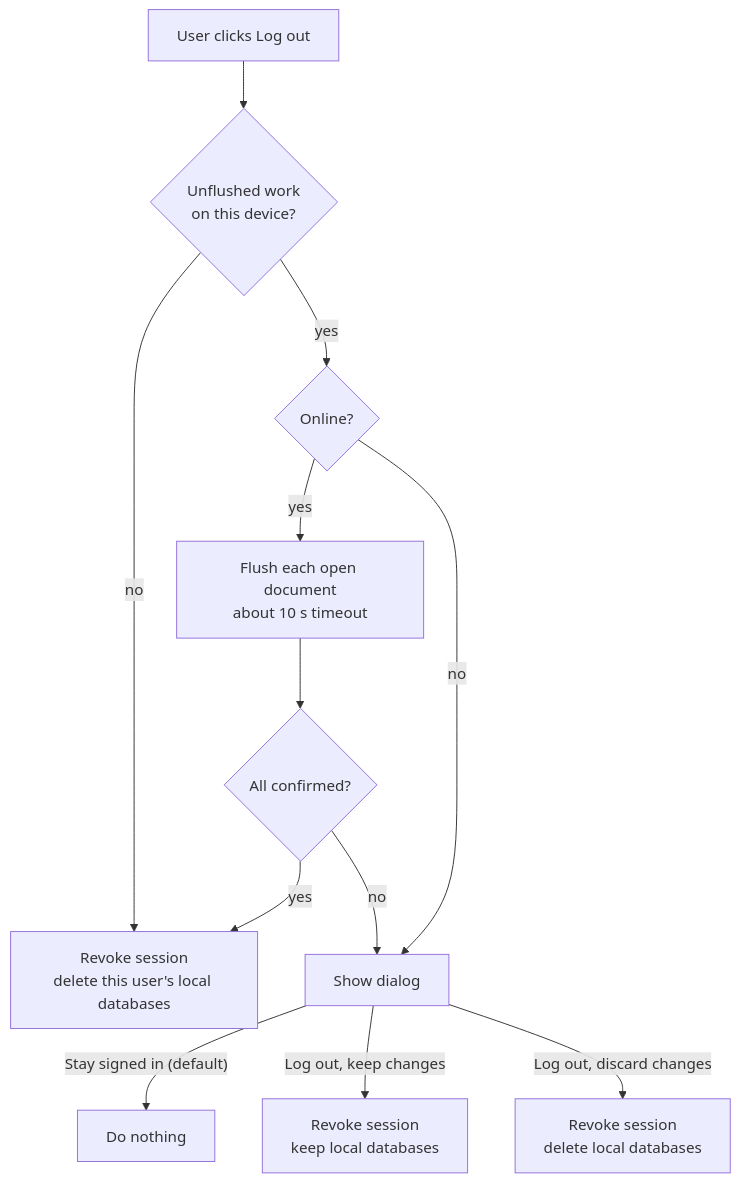
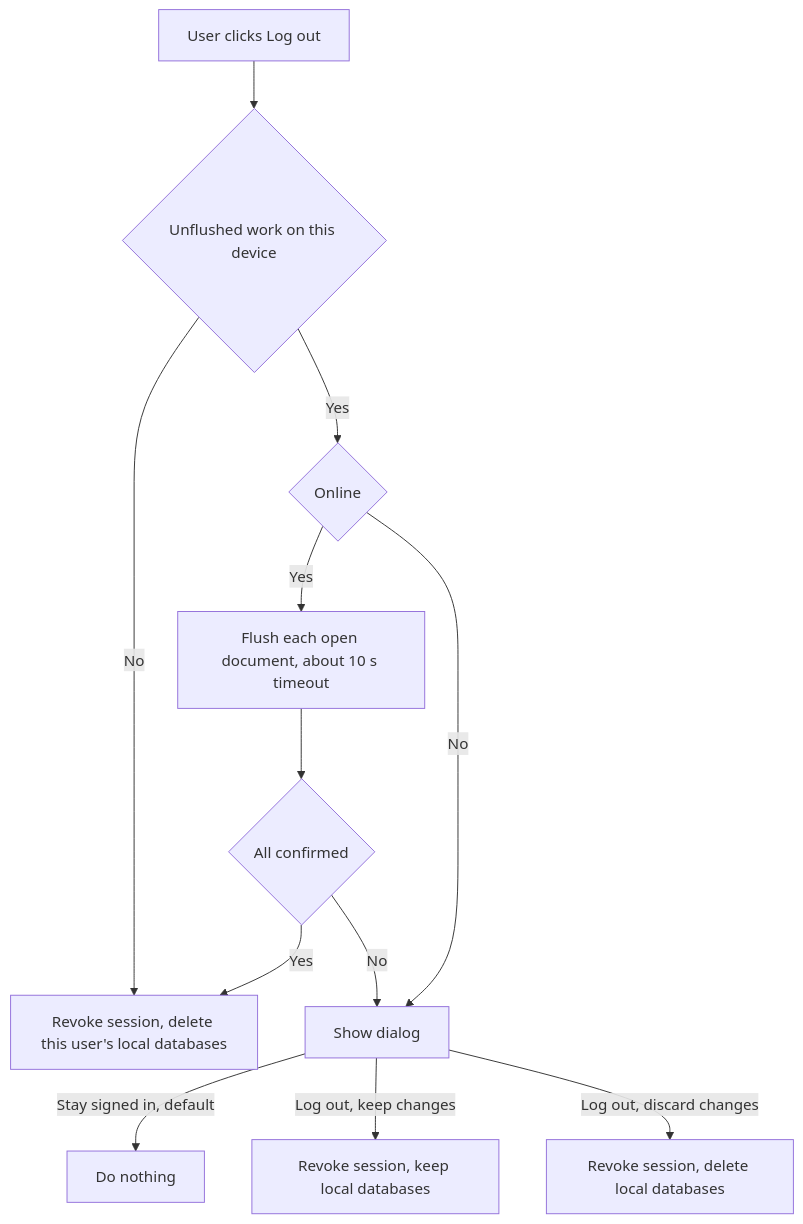
Before and after one commit to syncspace-app/syncspace: the fourth of 18 diagrams in docs/architecture-lld.md, drawn with Mermaid. The commit also changed other lines of this file and 2 other files, not shown here.

````diff
--- a/docs/architecture-lld.md
+++ b/docs/architecture-lld.md
@@ -279,14 +295,14 @@
 ```mermaid
-flowchart TD
-  S["User clicks Log out"] --> Q{"Unflushed work<br/>on this device?"}
-  Q -->|"no"| OUT["Revoke session<br/>delete this user's local databases"]
-  Q -->|"yes"| ON{"Online?"}
-  ON -->|"yes"| FL["Flush each open document<br/>about 10 s timeout"]
-  FL --> OK{"All confirmed?"}
-  OK -->|"yes"| OUT
-  OK -->|"no"| DLG["Show dialog"]
-  ON -->|"no"| DLG
-  DLG -->|"Stay signed in (default)"| STAY["Do nothing"]
-  DLG -->|"Log out, keep changes"| KEEP["Revoke session<br/>keep local databases"]
-  DLG -->|"Log out, discard changes"| DISC["Revoke session<br/>delete local databases"]
+flowchart TB
+  S[User clicks Log out] --> Q{Unflushed work on this device}
+  Q -->|No| R1[Revoke session, delete this user's local databases]
+  Q -->|Yes| O{Online}
+  O -->|Yes| F[Flush each open document, about 10 s timeout]
+  F --> C{All confirmed}
+  C -->|Yes| R1
+  C -->|No| DLG[Show dialog]
+  O -->|No| DLG
+  DLG -->|Stay signed in, default| N[Do nothing]
+  DLG -->|Log out, keep changes| R2[Revoke session, keep local databases]
+  DLG -->|Log out, discard changes| R3[Revoke session, delete local databases]
 ```
````
